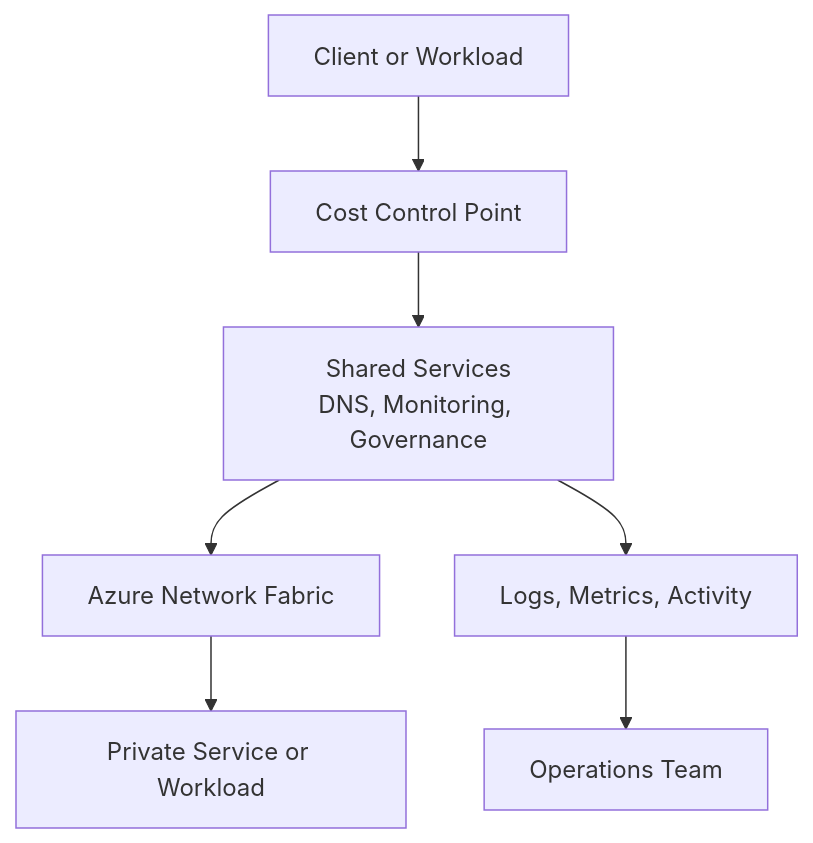
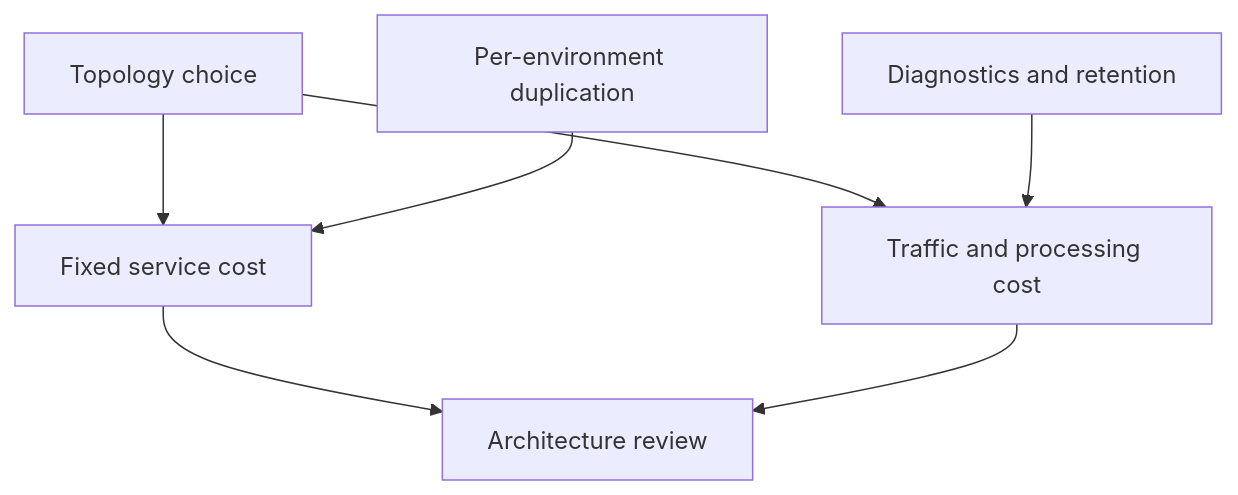
Before and after one commit to yeongseon/azure-networking-practical-guide: the diagram in docs/best-practices/cost-awareness-best-practices.md, drawn with Mermaid. The commit also changed other lines of this file and 11 other files, not shown here.

````diff
--- a/docs/best-practices/cost-awareness-best-practices.md
+++ b/docs/best-practices/cost-awareness-best-practices.md
@@ -38,10 +34,9 @@
 ```mermaid
 flowchart TD
-                Source[Client or Workload] --> Control[Cost Control Point]
-                Control --> Shared[Shared Services
-DNS, Monitoring, Governance]
-                Shared --> Azure[Azure Network Fabric]
-                Azure --> Target[Private Service or Workload]
-                Shared --> Logs[Logs, Metrics, Activity]
-                Logs --> Ops[Operations Team]
+    Topology[Topology choice] --> Fixed[Fixed service cost]
+    Topology --> Variable[Traffic and processing cost]
+    Diagnostics[Diagnostics and retention] --> Variable
+    Environment[Per-environment duplication] --> Fixed
+    Fixed --> Review[Architecture review]
+    Variable --> Review
 ```
````
